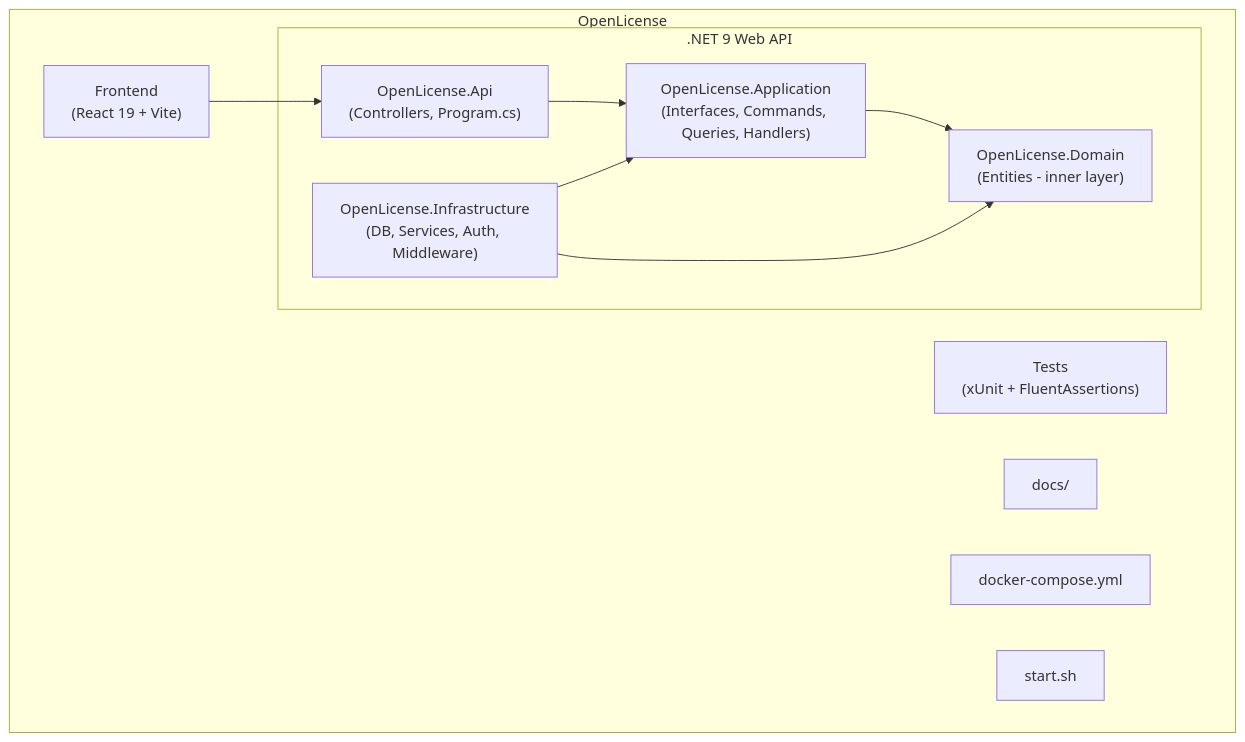
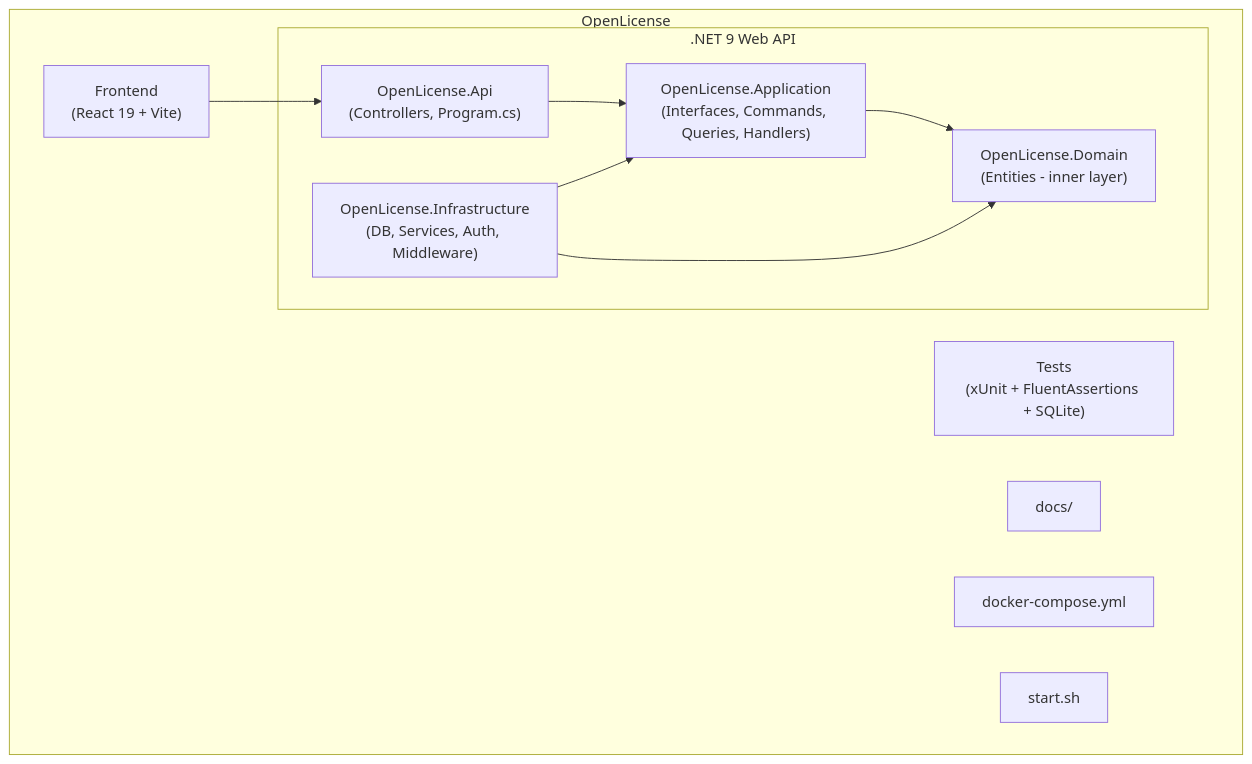
One commit to Merctxt/OpenLicense changed the first of 2 diagrams in docs/README.md. Above: the diagram before and after it, drawn with Mermaid. The commit also changed other lines of this file and 4 other files, not shown here.

````diff
--- a/docs/README.md
+++ b/docs/README.md
@@ -17,25 +17,25 @@
 ```mermaid
 graph TD
     subgraph OpenLicense
         subgraph Backend[".NET 9 Web API"]
             Domain["OpenLicense.Domain\n(Entities - inner layer)"]
             Application["OpenLicense.Application\n(Interfaces, Commands, Queries, Handlers)"]
             Infrastructure["OpenLicense.Infrastructure\n(DB, Services, Auth, Middleware)"]
             Api["OpenLicense.Api\n(Controllers, Program.cs)"]
         end
         Frontend["Frontend\n(React 19 + Vite)"]
-        Tests["Tests\n(xUnit + FluentAssertions)"]
+        Tests["Tests\n(xUnit + FluentAssertions + SQLite)"]
         Docs["docs/"]
         Docker["docker-compose.yml"]
         Start["start.sh"]
     end
 
     Api --> Application
     Application --> Domain
     Infrastructure --> Application
     Infrastructure --> Domain
     Frontend --> Api
 
     classDef nodetext color:#333;
     class Domain,Application,Infrastructure,Api,Frontend,Tests,Docs,Docker,Start nodetext
 ```
````
